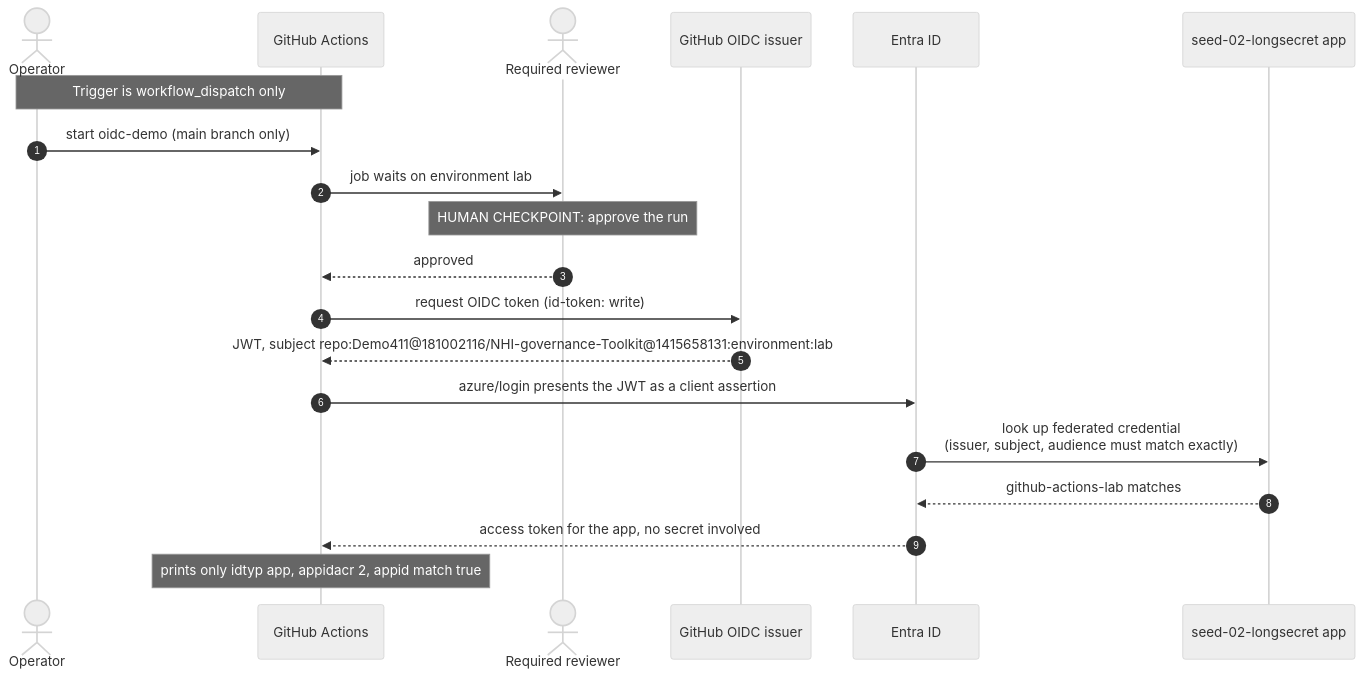
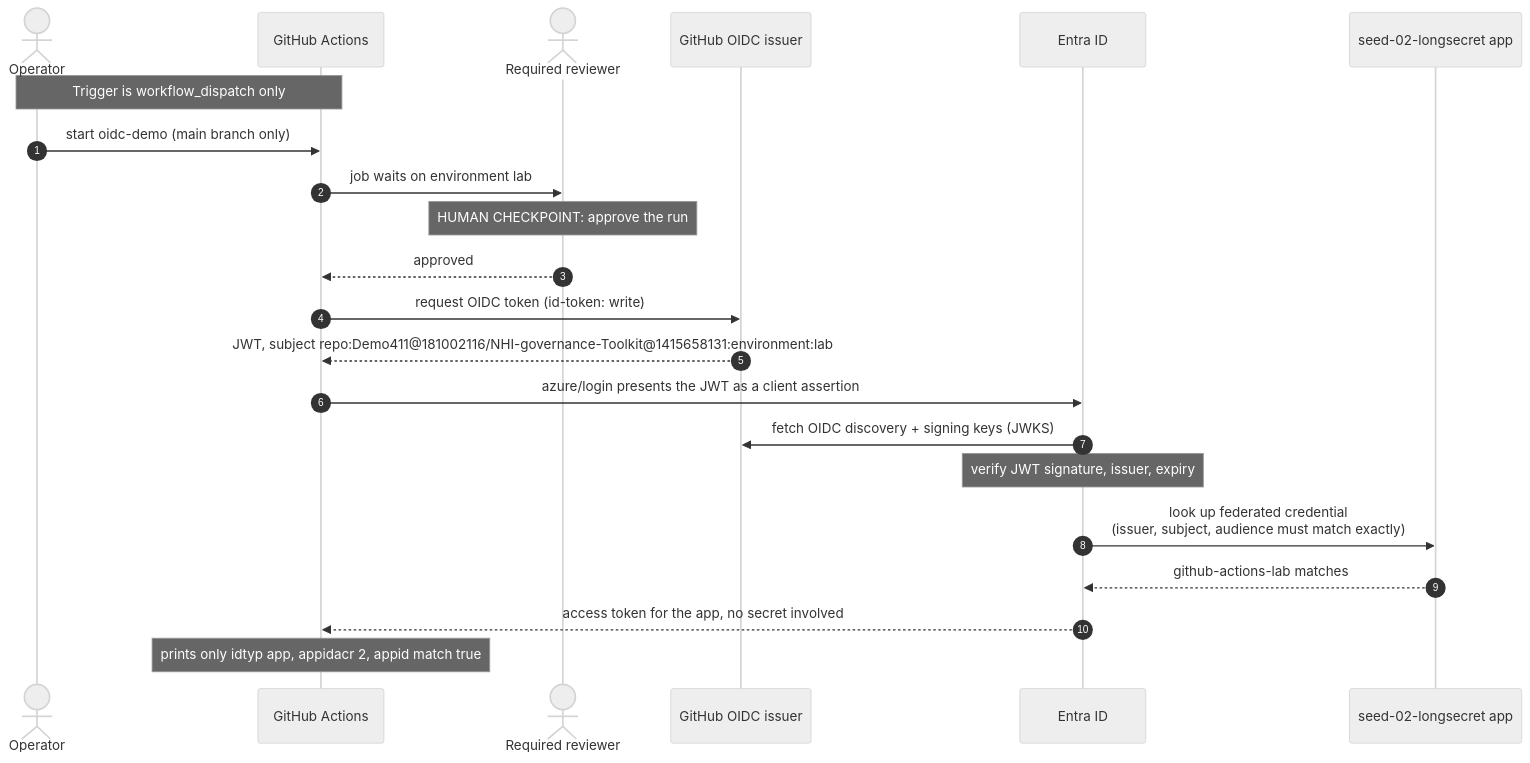
The third of 4 diagrams in docs/architecture.md (Demo411/NHI-governance-Toolkit), drawn with Mermaid (neutral theme) before and after one commit. The commit also changed other lines of this file, not shown here.

First line of the commit message:
architecture.md: route secret removal through DELETE, add JWKS step

````diff
--- a/docs/architecture.md
+++ b/docs/architecture.md
@@ -117,23 +116,25 @@
 ```mermaid
 sequenceDiagram
     autonumber
     actor Dev as Operator
     participant GH as GitHub Actions
     actor Rev as Required reviewer
     participant GI as GitHub OIDC issuer
     participant EN as Entra ID
     participant APP as seed-02-longsecret app
 
     Note over Dev,GH: Trigger is workflow_dispatch only
     Dev->>GH: start oidc-demo (main branch only)
     GH->>Rev: job waits on environment lab
     Note over Rev: HUMAN CHECKPOINT: approve the run
     Rev-->>GH: approved
     GH->>GI: request OIDC token (id-token: write)
     GI-->>GH: JWT, subject repo:Demo411@181002116/NHI-governance-Toolkit@1415658131:environment:lab
     GH->>EN: azure/login presents the JWT as a client assertion
+    EN->>GI: fetch OIDC discovery + signing keys (JWKS)
+    Note over EN: verify JWT signature, issuer, expiry
     EN->>APP: look up federated credential<br/>(issuer, subject, audience must match exactly)
     APP-->>EN: github-actions-lab matches
     EN-->>GH: access token for the app, no secret involved
     Note over GH: prints only idtyp app, appidacr 2, appid match true
 ```
````
